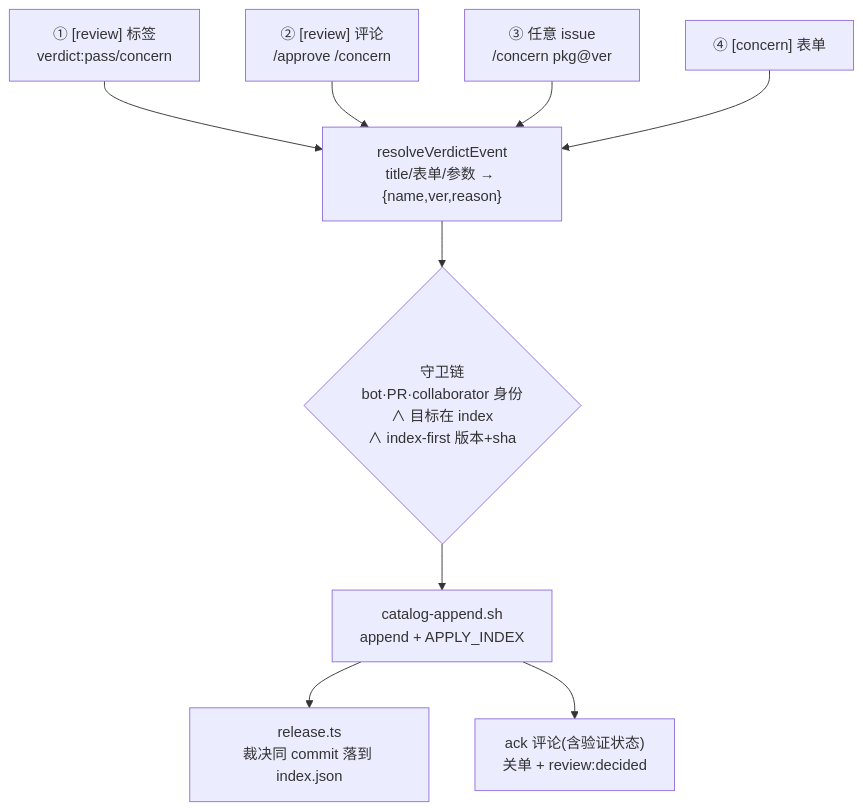
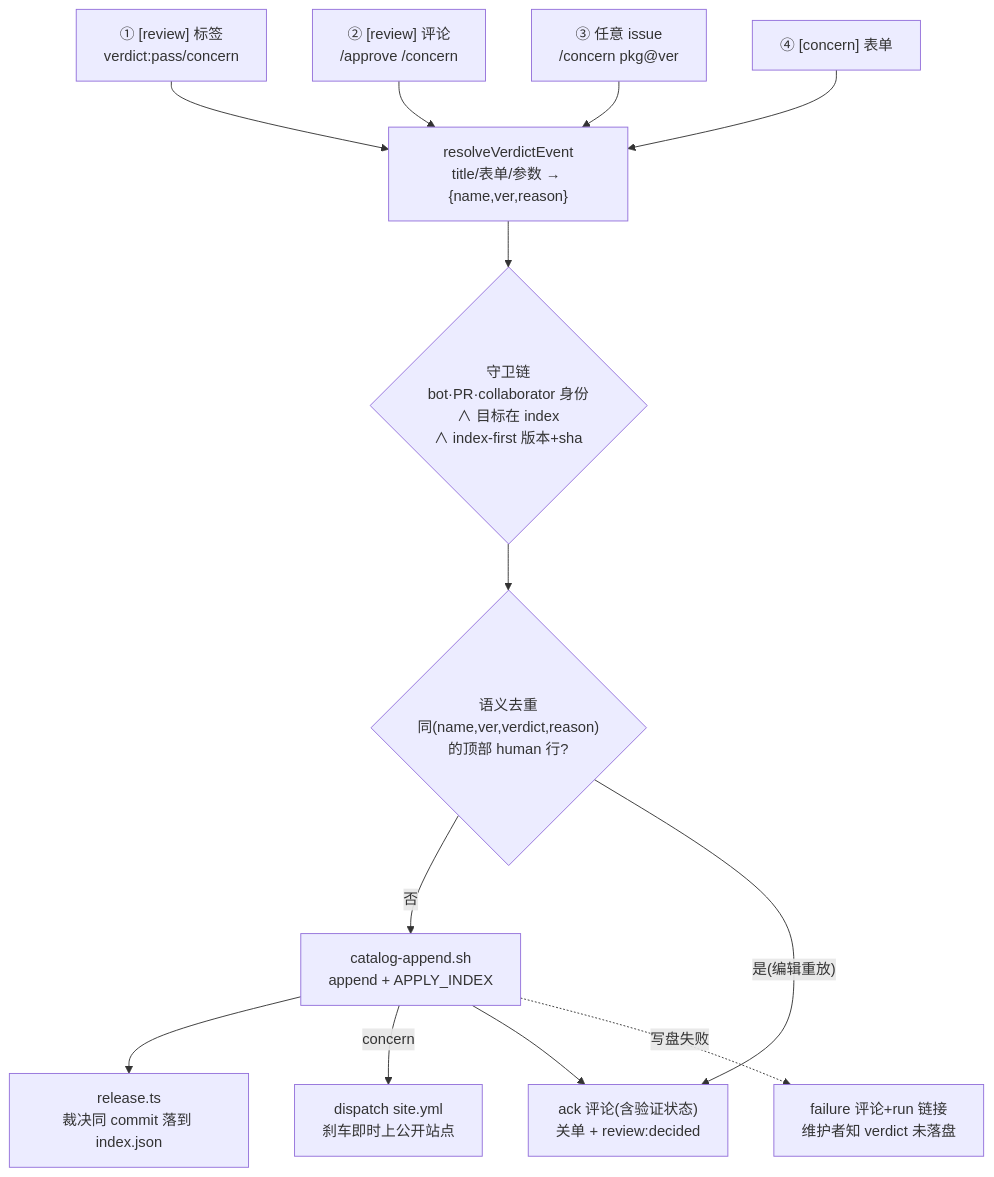
The sixth of 11 diagrams in docs/DATA-FLOWS.md (awesome-market/awesome-opencode-market), drawn with Mermaid before and after one commit. The commit also changed other lines of this file and 26 other files, not shown here.

````diff
--- a/docs/DATA-FLOWS.md
+++ b/docs/DATA-FLOWS.md
@@ -565,12 +573,16 @@
 ```mermaid
 flowchart TB
   C1["① [review] 标签<br/>verdict:pass/concern"]
   C2["② [review] 评论<br/>/approve  /concern"]
   C3["③ 任意 issue<br/>/concern pkg@ver"]
   C4["④ [concern] 表单"]
   C1 & C2 & C3 & C4 --> HV["resolveVerdictEvent<br/>title/表单/参数 → {name,ver,reason}"]
   HV --> G{"守卫链<br/>bot·PR·collaborator 身份<br/>∧ 目标在 index<br/>∧ index-first 版本+sha"}
-  G --> APP["catalog-append.sh<br/>append + APPLY_INDEX"]
+  G --> DUP{"语义去重<br/>同(name,ver,verdict,reason)<br/>的顶部 human 行?"}
+  DUP -->|"否"| APP["catalog-append.sh<br/>append + APPLY_INDEX"]
+  DUP -->|"是(编辑重放)"| CLOSE
   APP --> REL["release.ts<br/>裁决同 commit 落到 index.json"]
+  APP -->|"concern"| SIT["dispatch site.yml<br/>刹车即时上公开站点"]
   APP --> CLOSE["ack 评论(含验证状态)<br/>关单 + review:decided"]
+  APP -.->|"写盘失败"| FAIL["failure 评论+run 链接<br/>维护者知 verdict 未落盘"]
 ```
````
